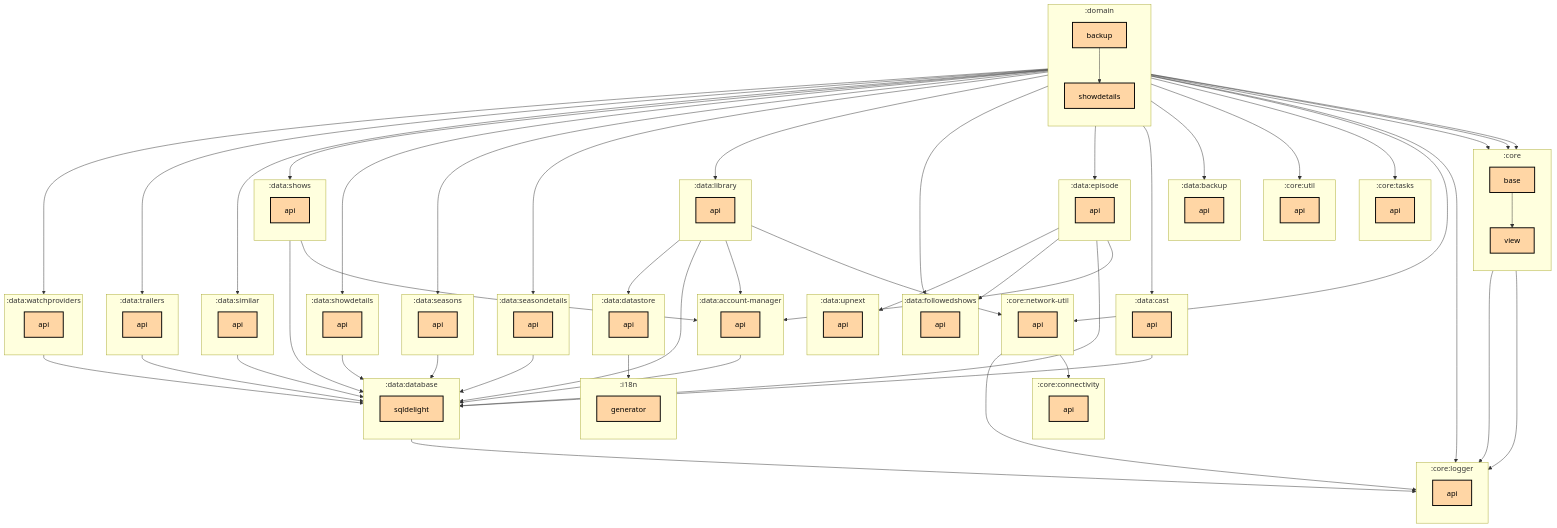
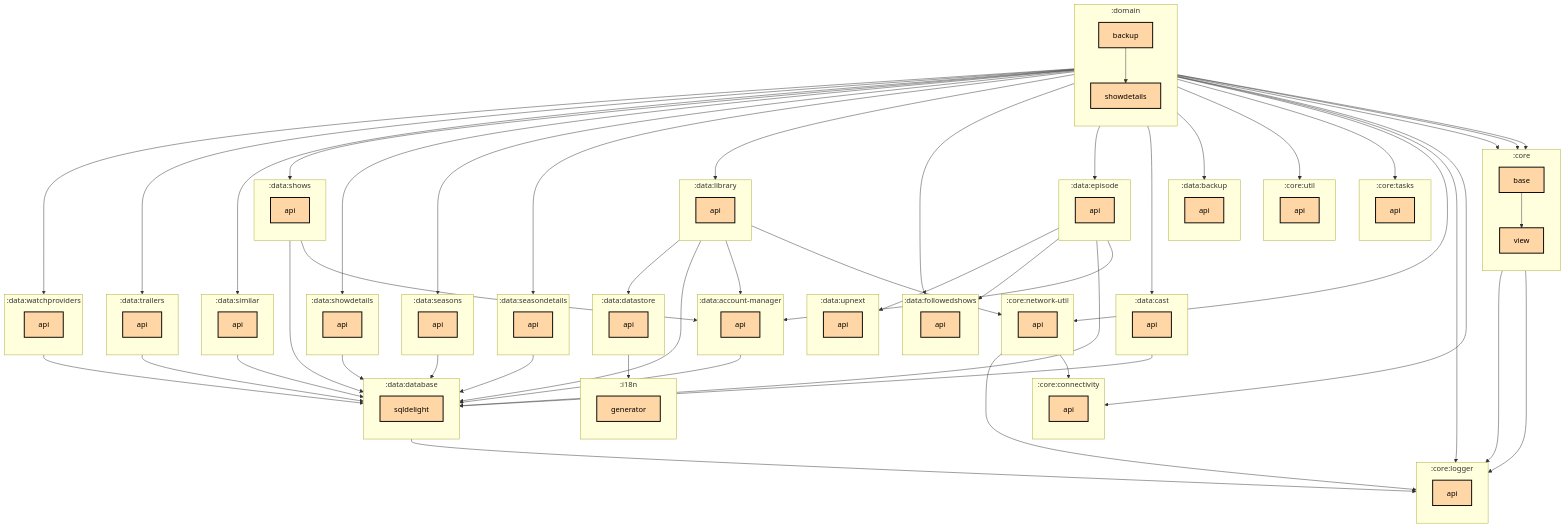
The first of 2 diagrams in domain/backup/README.md (thomaskioko/tv-maniac), drawn with Mermaid before and after one commit. The commit also changed 11 other files, not shown here.

```diff
--- a/domain/backup/README.md
+++ b/domain/backup/README.md
@@ -130,6 +130,7 @@
   :data:trailers:api --> :data:database:sqldelight
   :data:watchproviders:api --> :data:database:sqldelight
   :domain:backup --> :core:base
+  :domain:backup --> :core:connectivity:api
   :domain:backup --> :core:logger:api
   :domain:backup --> :core:network-util:api
   :domain:backup --> :core:tasks:api
```
